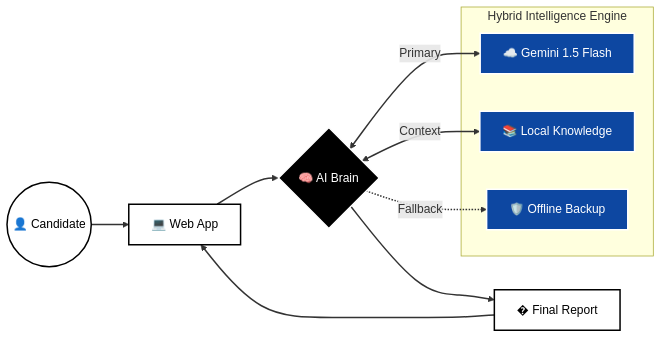
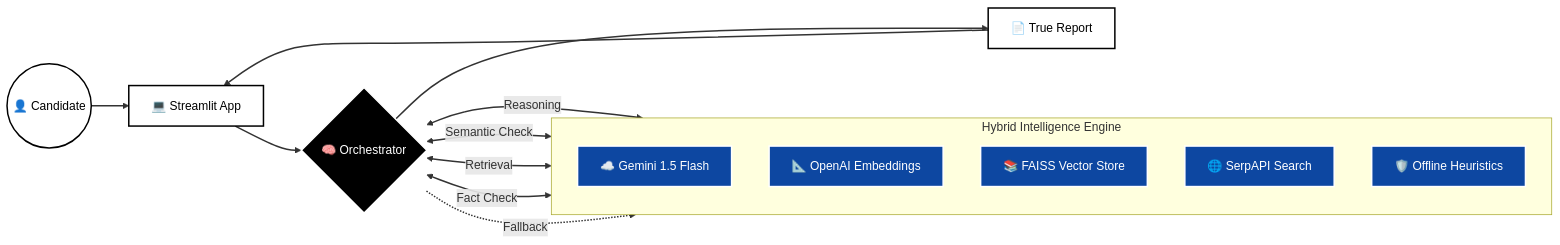
The diagram in README.md (akanksha05Singh/Hr-interviewer-agent), drawn with Mermaid before and after one commit. The commit also changed other lines of this file, not shown here.

Commit message:
Update architecture diagram with tech specs

````diff
--- a/README.md
+++ b/README.md
@@ -18,37 +19,42 @@
 ```mermaid
 graph LR
     %% Nodes
     User((👤 Candidate))
-    UI[💻 Web App]
-    Brain{🧠 AI Brain}
+    UI[💻 Streamlit App]
+    Brain{🧠 Orchestrator}
     
     subgraph "Hybrid Intelligence Engine"
+        direction TB
         Gemini[☁️ Gemini 1.5 Flash]
-        RAG[📚 Local Knowledge]
-        Offline[🛡️ Offline Backup]
+        Embed[📐 OpenAI Embeddings]
+        FAISS[📚 FAISS Vector Store]
+        Serp[🌐 SerpAPI Search]
+        Offline[🛡️ Offline Heuristics]
     end
     
-    Report[� Final Report]
+    Report[📄 True Report]
 
     %% Flow
     User ==> UI
     UI ==> Brain
     
-    Brain <==>|Primary| Gemini
-    Brain <-->|Context| RAG
+    Brain <==>|Reasoning| Gemini
+    Brain <-->|Semantic Check| Embed
+    Brain <-->|Retrieval| FAISS
+    Brain <-->|Fact Check| Serp
     Brain -.->|Fallback| Offline
     
     Brain ==> Report
     Report ==> UI
 
     %% Styling
     classDef dark fill:#000,stroke:#fff,stroke-width:2px,color:#fff;
     classDef blue fill:#0d47a1,stroke:#fff,stroke-width:2px,color:#fff;
     classDef white fill:#fff,stroke:#000,stroke-width:2px,color:#000;
 
     class User,UI,Report white;
     class Brain dark;
-    class Gemini,RAG,Offline blue;
+    class Gemini,Embed,FAISS,Serp,Offline blue;
     
     linkStyle default stroke:#333,stroke-width:2px;
 ```
````
